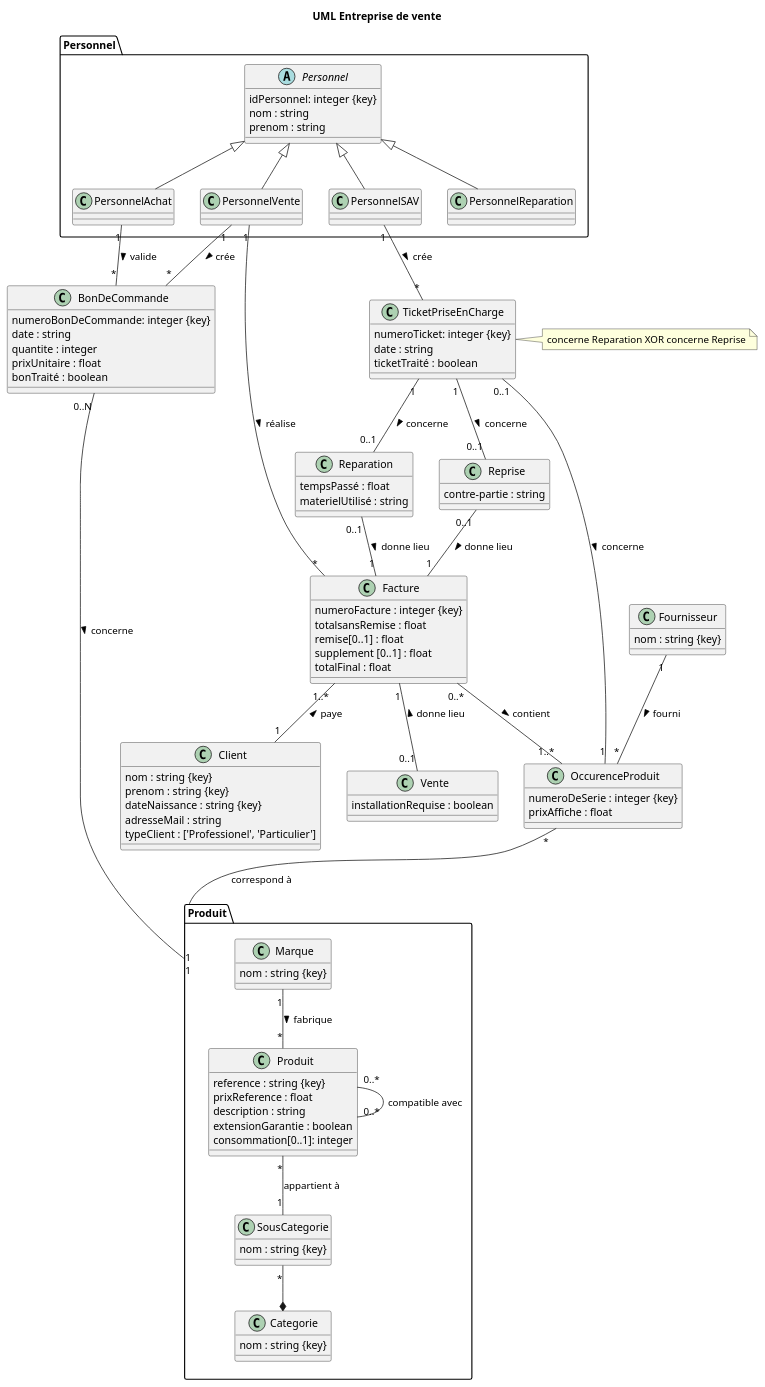
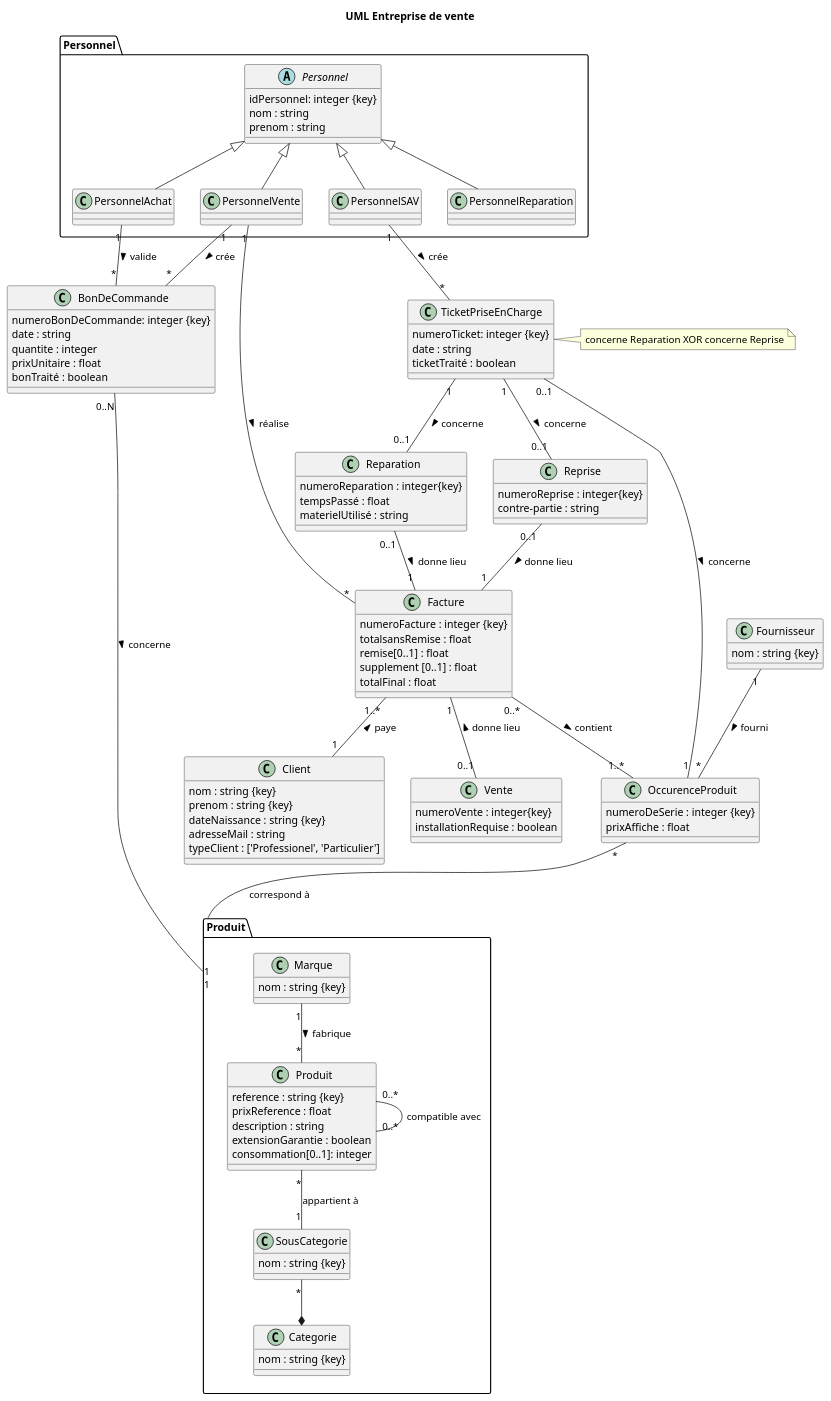
The diagram in MCD.plantuml (mariaidrissi/Entreprise-de-vente), drawn with PlantUML before and after one commit.

Commit message:
Ajout des clés manquantes sur les 3 actions MCD.plantuml

```diff
--- a/MCD.plantuml
+++ b/MCD.plantuml
@@ -1,140 +1,143 @@
 @startuml
 title UML Entreprise de vente
 
 package Produit {
 
 class Produit {
   reference : string {key}
   prixReference : float
   description : string
   extensionGarantie : boolean
   consommation[0..1]: integer
 }
 
 
 Produit "0..*" --  "0..*" Produit : compatible avec
 
 Marque "1" -- "*" Produit : fabrique >
 
 class Marque {
 	nom : string {key}
 }
 
 class Categorie {
 	nom : string {key}
 }
 
 class SousCategorie {
 	nom : string {key}
 }
 
 SousCategorie "*" --* Categorie
 Produit  "*" -- "1" SousCategorie : appartient à
 }
 
 
 class OccurenceProduit {
   numeroDeSerie : integer {key}
   prixAffiche : float
 }
 
 OccurenceProduit  "*" -- "1" Produit : correspond à
 
 class Fournisseur {
 	nom : string {key}
 }
 
 Fournisseur "1" -- "*" OccurenceProduit : fourni >
 
 class Facture {
   numeroFacture : integer {key}
   totalsansRemise : float 
   remise[0..1] : float
   supplement [0..1] : float
   totalFinal : float
 }
 
 
 class Client { 
   nom : string {key}
   prenom : string {key}
   dateNaissance : string {key}
   adresseMail : string
   typeClient : ['Professionel', 'Particulier']
 }
 Facture "1..*" -- "1" Client : paye <
 
 Facture "0..*" -- "1..*" OccurenceProduit : contient >
 
 
 package Personnel {
   
 abstract class Personnel {
   idPersonnel: integer {key}
   nom : string 
   prenom : string 
 }
 
 class PersonnelAchat{
 }
 
 class PersonnelVente{
 }
 
 class PersonnelSAV{
 }
 
 class PersonnelReparation{
 }
 
 Personnel <|-- PersonnelAchat
 Personnel <|-- PersonnelVente
 Personnel <|-- PersonnelReparation
 Personnel <|-- PersonnelSAV
 }
 
 PersonnelVente "1" -- "*" Facture : réalise >
 PersonnelSAV "1" -- "*" TicketPriseEnCharge : crée >
 PersonnelAchat "1" -- "*" BonDeCommande : valide >
 PersonnelVente "1" -- "*" BonDeCommande : crée >
 
 class TicketPriseEnCharge {
   numeroTicket: integer {key}
   date : string 
   ticketTraité : boolean
 }
 TicketPriseEnCharge "0..1" -- "1" OccurenceProduit: concerne >
 
 class BonDeCommande {
   numeroBonDeCommande: integer {key}
   date : string
   quantite : integer
   prixUnitaire : float
   bonTraité : boolean
 }
 
 BonDeCommande "0..N" -- "1" Produit: concerne >
 
 class Reparation  {
+  numeroReparation : integer{key}
   tempsPassé : float 
   materielUtilisé : string
 }
 
 class Reprise  {
+  numeroReprise : integer{key}
   contre-partie : string
 }
 
 
 note right of TicketPriseEnCharge
     concerne Reparation XOR concerne Reprise
 end note
 TicketPriseEnCharge "1" -- "0..1" Reparation : concerne >
 Reparation "0..1" -- "1" Facture : donne lieu >
 TicketPriseEnCharge "1" -- "0..1" Reprise : concerne >
 Reprise "0..1" -- "1" Facture : donne lieu >
 
 Facture "1" -- "0..1" Vente : donne lieu <
 class Vente  {
+  numeroVente : integer{key}
   installationRequise : boolean 
 }
 @enduml
```
